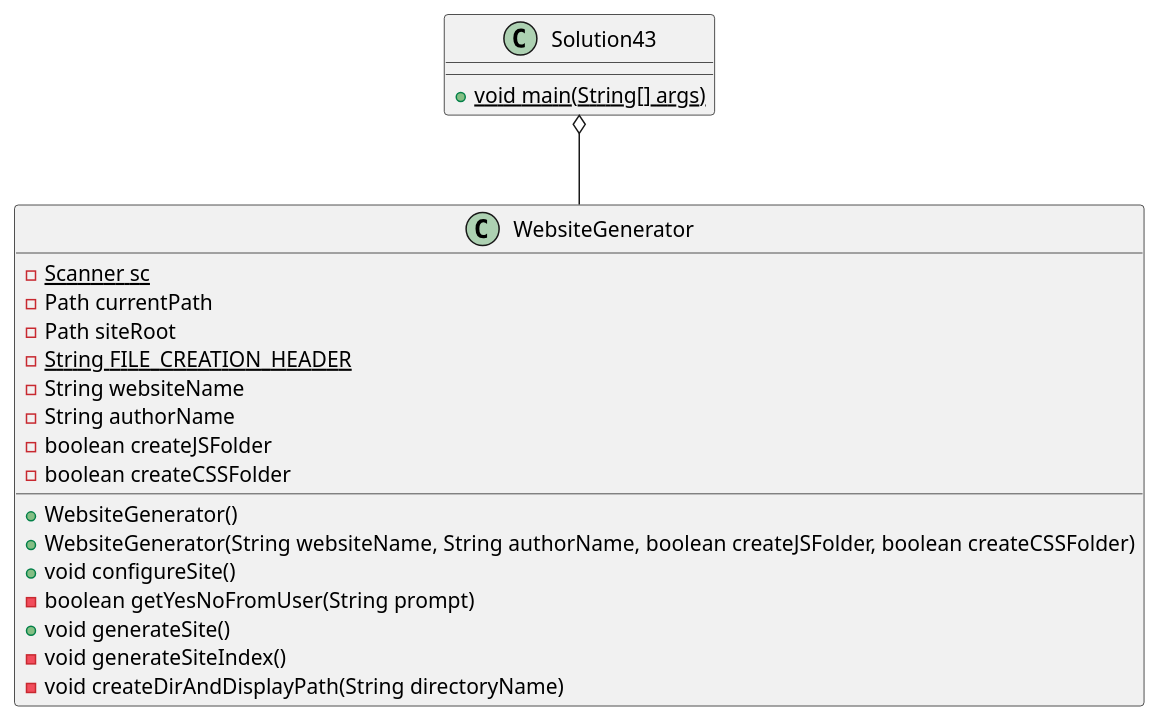
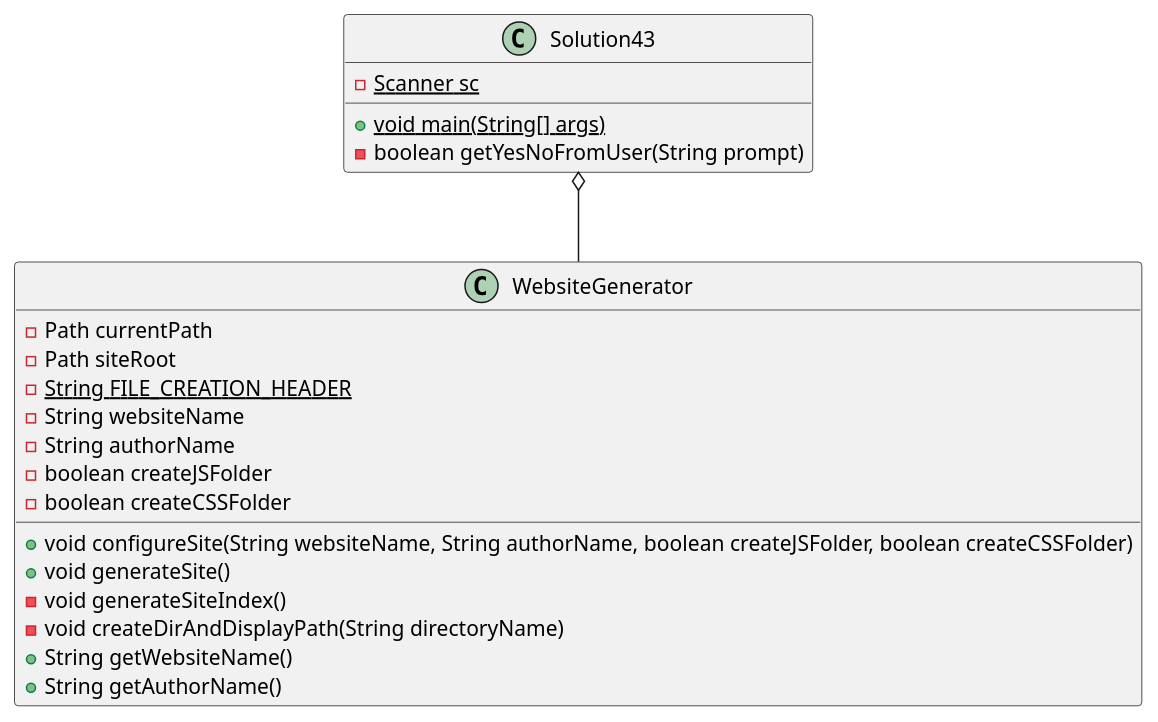
The diagram in exercise43/docs/class_diagram.puml (ethandrzb/thomas-a04), drawn with PlantUML before and after one commit. The commit also changed 1 other file, not shown here.

Commit message:
Removed constructors from WebsiteGenerator added in last commit. Moved user input to main method Updated UML diagram accordingly

```diff
--- a/exercise43/docs/class_diagram.puml
+++ b/exercise43/docs/class_diagram.puml
@@ -1,31 +1,32 @@
 @startuml
 'https://plantuml.com/class-diagram
 
 class Solution43
 {
+    -{static} Scanner sc
+
     +{static} void main(String[] args)
+    -boolean getYesNoFromUser(String prompt)
 }
 
 class WebsiteGenerator
 {
-    -{static} Scanner sc
     -Path currentPath
     -Path siteRoot
     -{static} String FILE_CREATION_HEADER
     -String websiteName
     -String authorName
     -boolean createJSFolder
     -boolean createCSSFolder
 
-    +WebsiteGenerator()
-    +WebsiteGenerator(String websiteName, String authorName, boolean createJSFolder, boolean createCSSFolder)
-    +void configureSite()
-    -boolean getYesNoFromUser(String prompt)
+    +void configureSite(String websiteName, String authorName, boolean createJSFolder, boolean createCSSFolder)
     +void generateSite()
     -void generateSiteIndex()
     -void createDirAndDisplayPath(String directoryName)
+    +String getWebsiteName()
+    +String getAuthorName()
 }
 
 Solution43 o-- WebsiteGenerator
 
 @enduml
```
